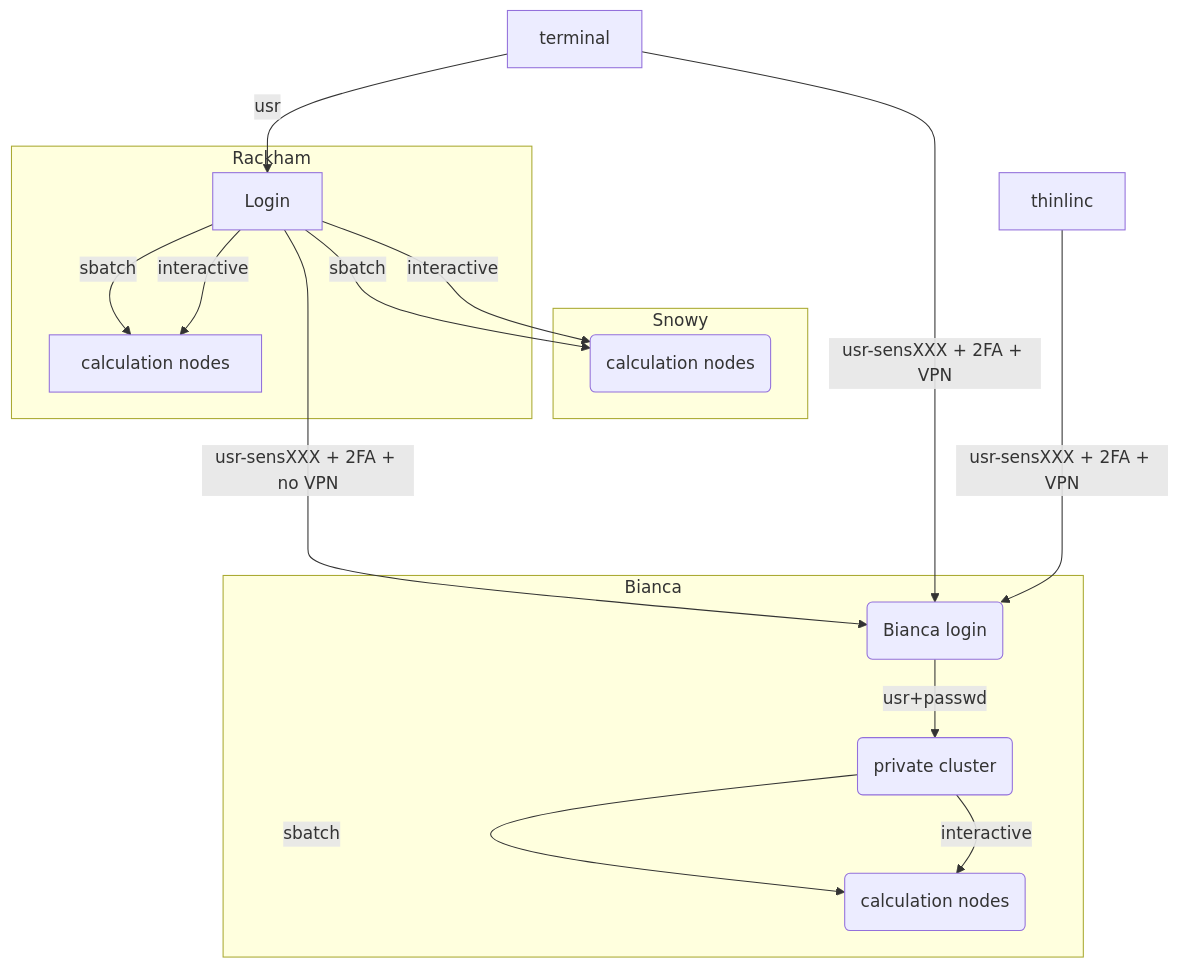
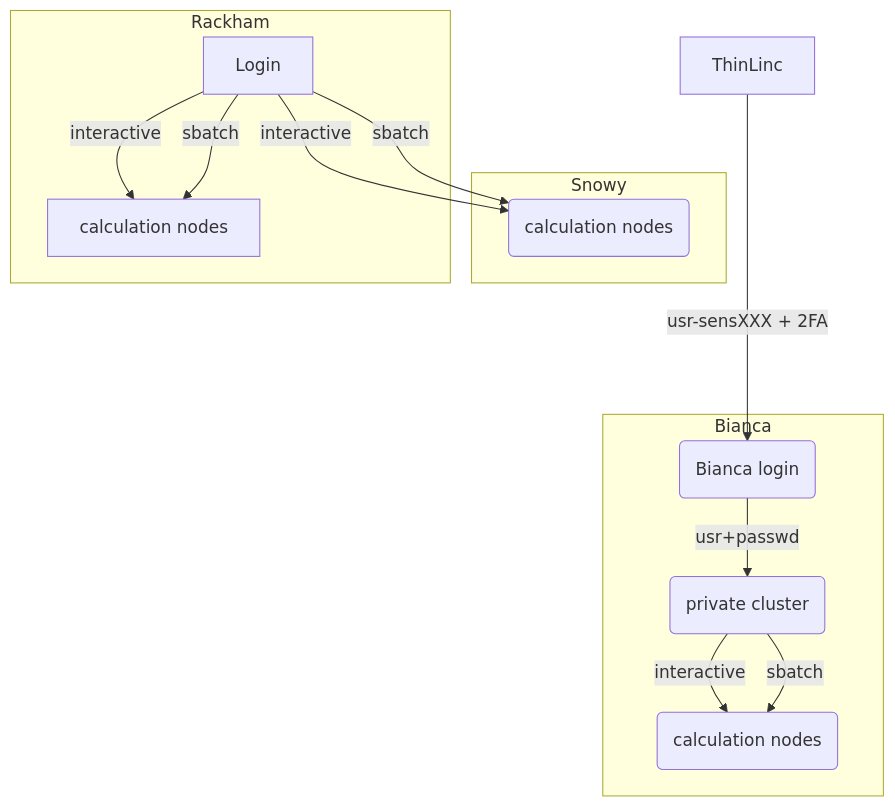
The diagram in docs/mermaid/uppmax.mmd (UPPMAX/HPC-python), drawn with Mermaid before and after one commit.

Commit message:
uppmax.mmd indentation

```diff
--- a/docs/mermaid/uppmax.mmd
+++ b/docs/mermaid/uppmax.mmd
@@ -1,23 +1,19 @@
-   graph TB
+graph TB
 
-   Node1 -- interactive --> SubGraph2Flow
-   Node1 -- sbatch --> SubGraph2Flow
-   subgraph "Snowy"
-   SubGraph2Flow(calculation nodes) 
-         end
+  Node1 -- interactive --> SubGraph2Flow
+  Node1 -- sbatch --> SubGraph2Flow
+  subgraph "Snowy"
+  SubGraph2Flow(calculation nodes) 
+        end
 
-         thinlinc -- usr-sensXXX + 2FA + VPN ----> SubGraph1Flow
-         terminal -- usr --> Node1
-         terminal -- usr-sensXXX + 2FA + VPN ----> SubGraph1Flow
-         Node1 -- usr-sensXXX + 2FA + no VPN ----> SubGraph1Flow
-         
-         subgraph "Bianca"
-         SubGraph1Flow(Bianca login) -- usr+passwd --> private(private cluster)
-         private -- interactive --> calcB(calculation nodes)
-         private -- sbatch --> calcB
-         end   
- 
-         subgraph "Rackham"
-         Node1[Login] -- interactive --> Node2[calculation nodes]
-         Node1 -- sbatch --> Node2
-         end
+        ThinLinc -- usr-sensXXX + 2FA----> SubGraph1Flow
+        subgraph "Bianca"
+        SubGraph1Flow(Bianca login) -- usr+passwd --> private(private cluster)
+        private -- interactive --> calcB(calculation nodes)
+        private -- sbatch --> calcB
+        end
+
+        subgraph "Rackham"
+        Node1[Login] -- interactive --> Node2[calculation nodes]
+        Node1 -- sbatch --> Node2
+        end
```
